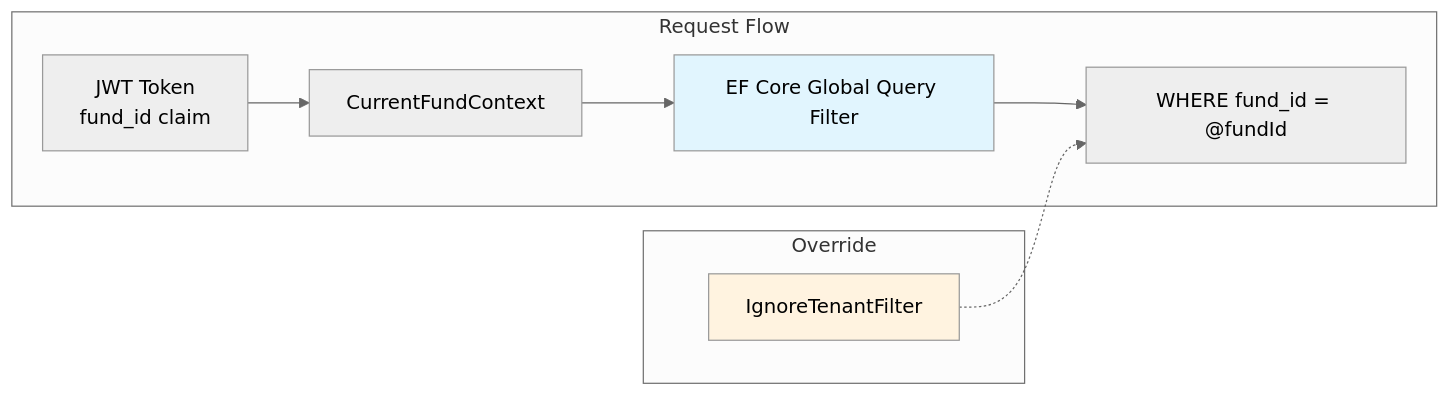
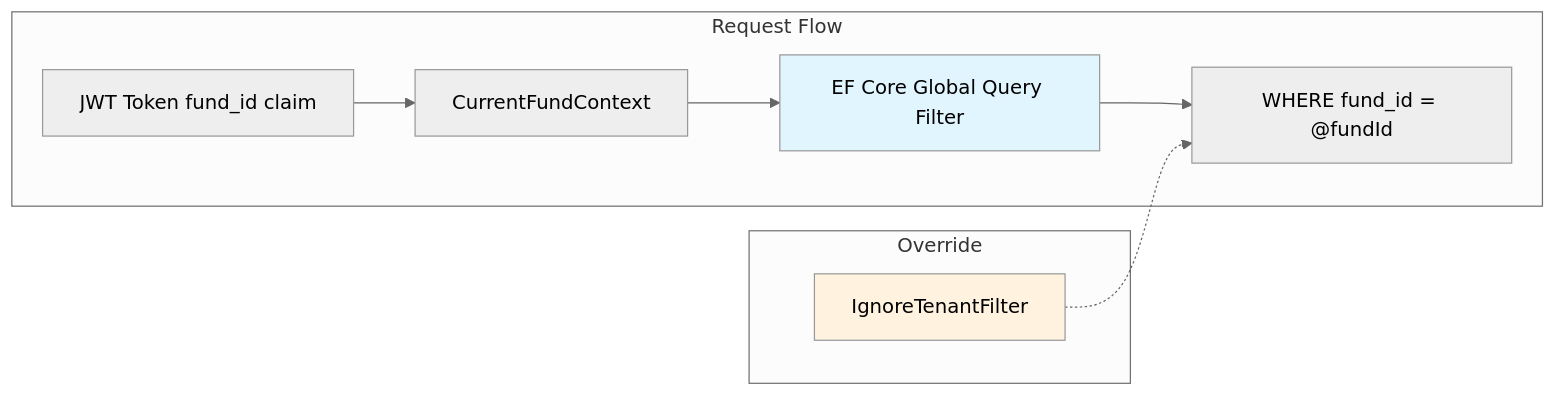
Before and after one commit to DynamicKarabo/equilink: the seventh of 12 diagrams in README.md, drawn with Mermaid (neutral theme). The commit also changed other lines of this file, not shown here.

Commit message:
Replace br tags with spaces in Mermaid diagrams for GitHub compatibility

````diff
--- a/README.md
+++ b/README.md
@@ -492,15 +492,15 @@
 ```mermaid
 graph LR
     subgraph "Request Flow"
-        JWT[JWT Token<br/>fund_id claim] --> Context[CurrentFundContext]
+        JWT[JWT Token fund_id claim] --> Context[CurrentFundContext]
         Context --> Filter[EF Core Global Query Filter]
         Filter --> Query[WHERE fund_id = @fundId]
     end
 
     subgraph "Override"
         Bypass[IgnoreTenantFilter] -.-> Query
     end
 
     style Filter fill:#e1f5fe
     style Bypass fill:#fff3e0
 ```
````
